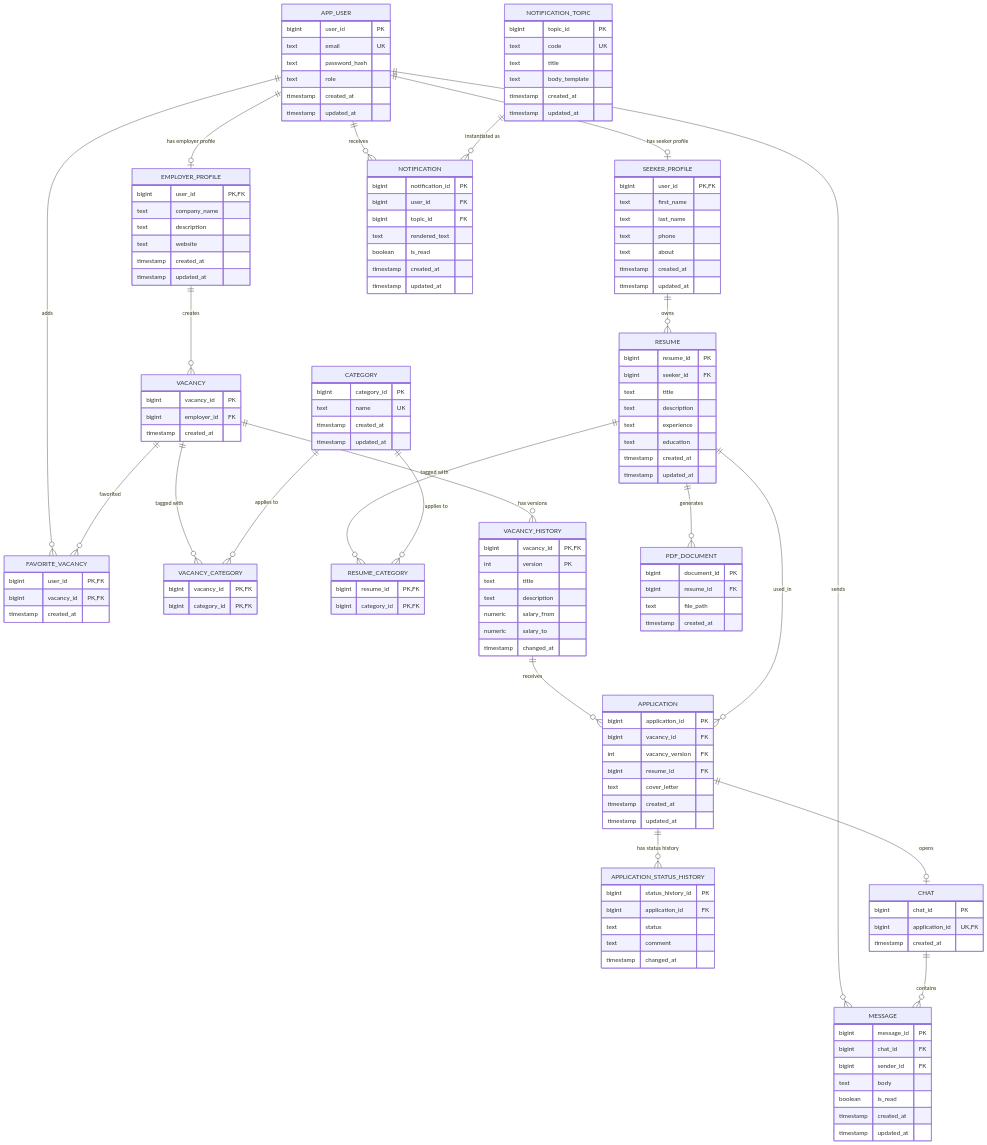
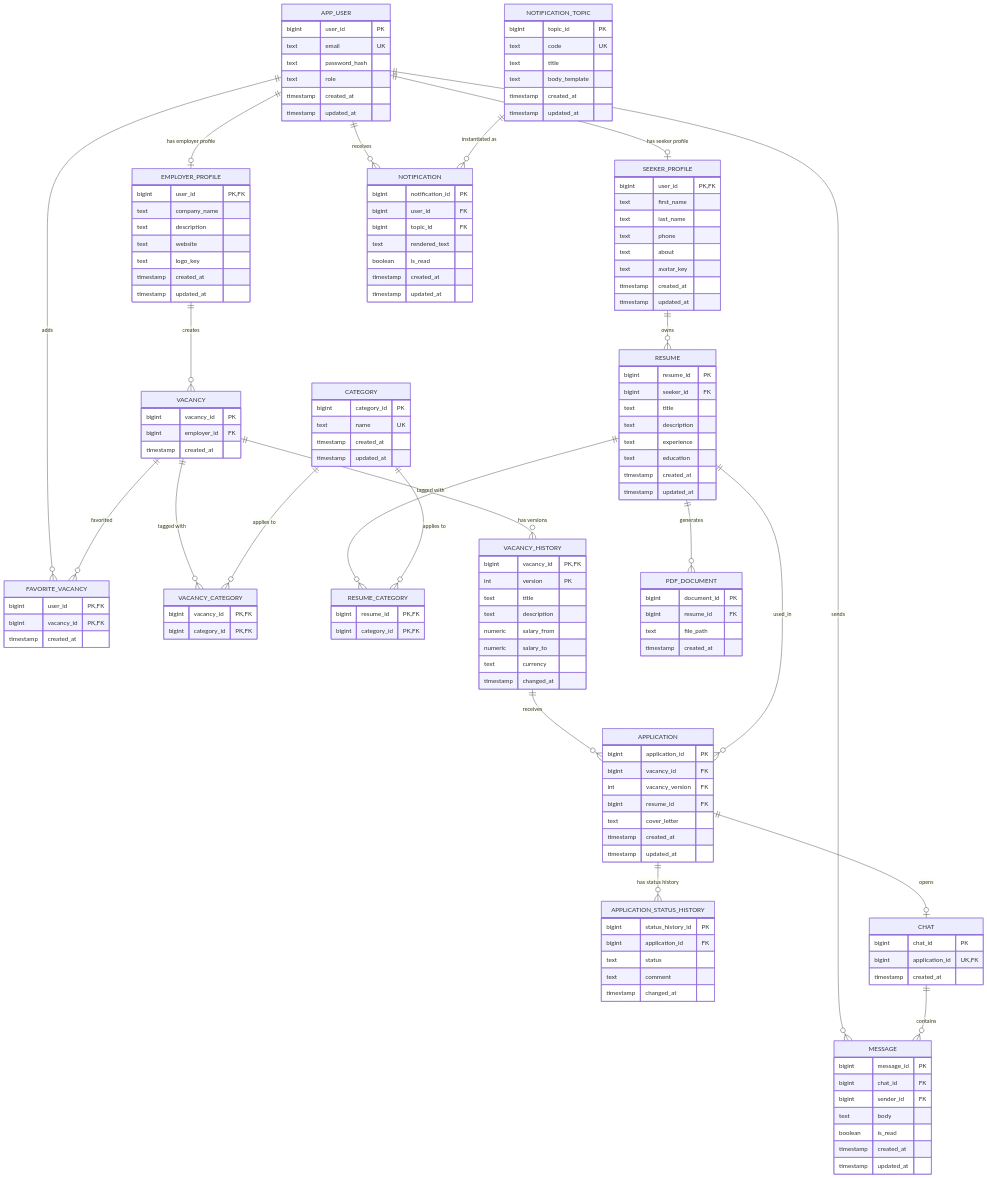
The diagram in db/normalized/er_diagram.md (go-park-mail-ru/2026_2_villain_go_sync_backend), drawn with Mermaid before and after one commit. The commit also changed 6 other files, not shown here.

```diff
--- a/db/normalized/er_diagram.md
+++ b/db/normalized/er_diagram.md
@@ -46,6 +46,7 @@
         text company_name
         text description
         text website
+        text logo_key
         timestamp created_at
         timestamp updated_at
     }
@@ -56,6 +57,7 @@
         text last_name
         text phone
         text about
+        text avatar_key
         timestamp created_at
         timestamp updated_at
     }
@@ -85,6 +87,7 @@
         text description
         numeric salary_from
         numeric salary_to
+        text currency
         timestamp changed_at
     }
 
```
